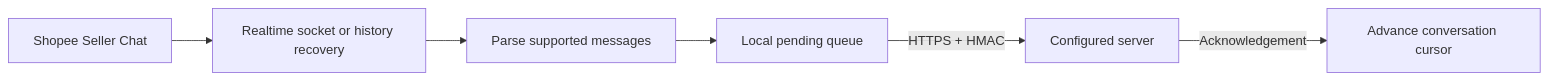
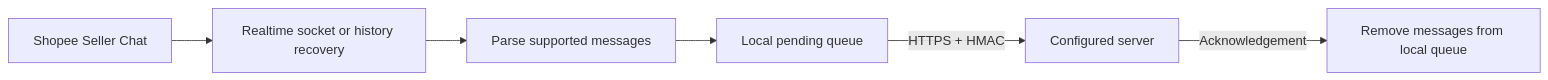
The diagram in docs/providers/shopee.md (kaojai-ai/omnichat-bridge), drawn with Mermaid before and after one commit. The commit also changed other lines of this file and 12 other files, not shown here.

````diff
--- a/docs/providers/shopee.md
+++ b/docs/providers/shopee.md
@@ -18,8 +20,8 @@
 ```mermaid
 flowchart LR
     A["Shopee Seller Chat"] --> B["Realtime socket or history recovery"]
     B --> C["Parse supported messages"]
     C --> D["Local pending queue"]
     D -->|"HTTPS + HMAC"| E["Configured server"]
-    E -->|"Acknowledgement"| F["Advance conversation cursor"]
+    E -->|"Acknowledgement"| F["Remove messages from local queue"]
 ```
````
